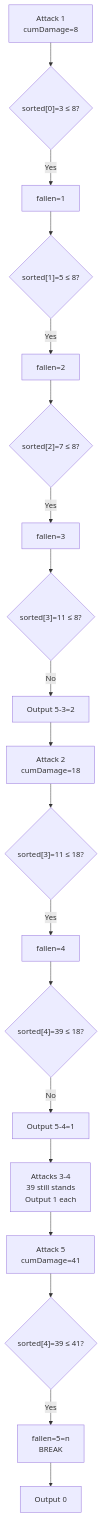
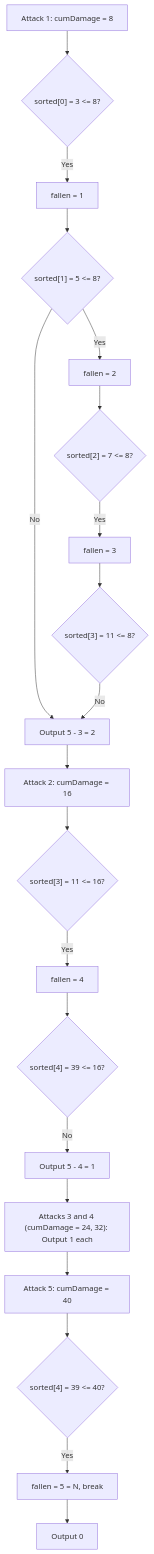
One commit to 2ru17/Project-Engram changed the third of 3 diagrams in content/Main Notes/3rd Year/Term 1/CSALGCM/Module 2 - Divide and Conquer/Problem Sets/[PS] Priestess Arcana Problems/05 - Shattering The Towers Of Algorythmos.md. Above: the diagram before and after it, drawn with Mermaid. The commit also changed other lines of this file and 84 other files, not shown here.

````diff
--- a/content/Main Notes/3rd Year/Term 1/CSALGCM/Module 2 - Divide and Conquer/Problem Sets/[PS] Priestess Arcana Problems/05 - Shattering The Towers Of Algorythmos.md
+++ b/content/Main Notes/3rd Year/Term 1/CSALGCM/Module 2 - Divide and Conquer/Problem Sets/[PS] Priestess Arcana Problems/05 - Shattering The Towers Of Algorythmos.md
@@ -186,16 +244,22 @@
 ```mermaid
 flowchart TD
-    A1["Attack 1\ncumDamage=8"] --> C1{"sorted[0]=3 ≤ 8?"} -->|Yes| P1["fallen=1"]
-    P1 --> C2{"sorted[1]=5 ≤ 8?"} -->|Yes| P2["fallen=2"]
-    P2 --> C3{"sorted[2]=7 ≤ 8?"} -->|Yes| P3["fallen=3"]
-    P3 --> C4{"sorted[3]=11 ≤ 8?"} -->|No| R1["Output 5-3=2"]
-
-    R1 --> A2["Attack 2\ncumDamage=18"]
-    A2 --> C5{"sorted[3]=11 ≤ 18?"} -->|Yes| P4["fallen=4"]
-    P4 --> C6{"sorted[4]=39 ≤ 18?"} -->|No| R2["Output 5-4=1"]
-
-    R2 --> A5["Attacks 3-4\n39 still stands\nOutput 1 each"]
-    A5 --> A6["Attack 5\ncumDamage=41"]
-    A6 --> C7{"sorted[4]=39 ≤ 41?"} -->|Yes| P5["fallen=5=n\nBREAK"]
+    A1["Attack 1: cumDamage = 8"] --> C1{"sorted[0] = 3 <= 8?"}
+    C1 -->|"Yes"| P1["fallen = 1"]
+    P1 --> C2{"sorted[1] = 5 <= 8?"}
+    C2 -->|"Yes"| P2["fallen = 2"]
+    C2 -->|"No"| R1["Output 5 - 3 = 2"]
+    P2 --> C3{"sorted[2] = 7 <= 8?"}
+    C3 -->|"Yes"| P3["fallen = 3"]
+    P3 --> C4{"sorted[3] = 11 <= 8?"}
+    C4 -->|"No"| R1
+    R1 --> A2["Attack 2: cumDamage = 16"]
+    A2 --> C5{"sorted[3] = 11 <= 16?"}
+    C5 -->|"Yes"| P4["fallen = 4"]
+    P4 --> C6{"sorted[4] = 39 <= 16?"}
+    C6 -->|"No"| R2["Output 5 - 4 = 1"]
+    R2 --> A5["Attacks 3 and 4 (cumDamage = 24, 32): Output 1 each"]
+    A5 --> A6["Attack 5: cumDamage = 40"]
+    A6 --> C7{"sorted[4] = 39 <= 40?"}
+    C7 -->|"Yes"| P5["fallen = 5 = N, break"]
     P5 --> R5["Output 0"]
 ```
````
